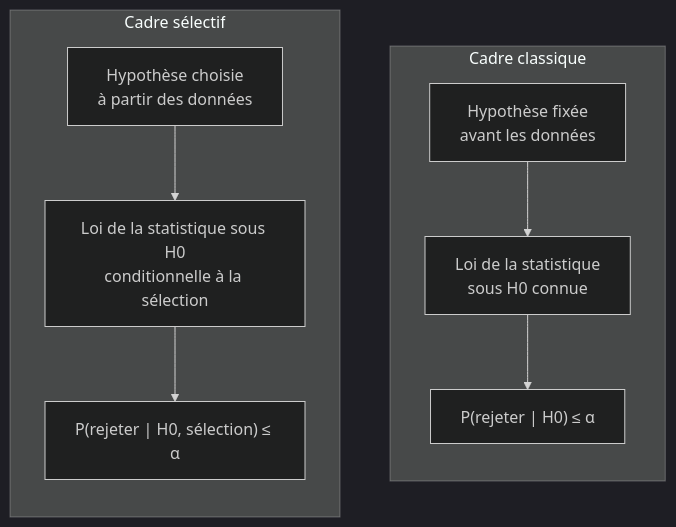
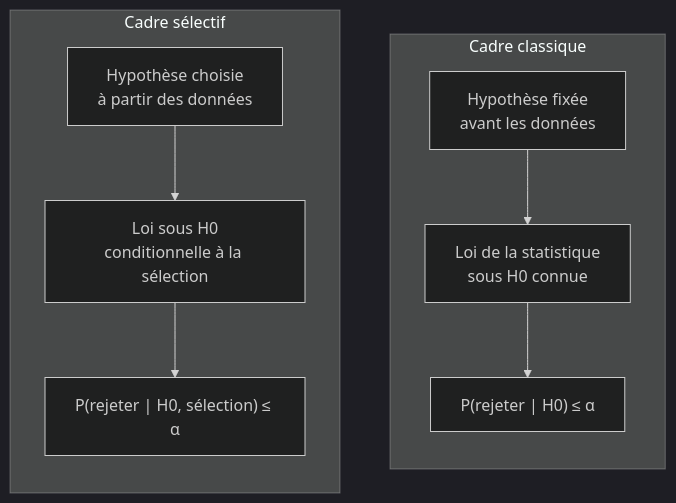
The sixth of 7 diagrams in Notes/Mini-cours/cours-erreur-type-1.md (aristidinahfaifa-afk/Projet_methodo), drawn with Mermaid (dark theme) before and after one commit. The commit also changed other lines of this file and 19 other files, not shown here.

````diff
--- a/Notes/Mini-cours/cours-erreur-type-1.md
+++ b/Notes/Mini-cours/cours-erreur-type-1.md
@@ -6079,11 +11668,11 @@
 ```mermaid
 flowchart TB
     subgraph CL["Cadre classique"]
         direction TB
         a1["Hypothèse fixée<br/>avant les données"] --> a2["Loi de la statistique<br/>sous H0 connue"] --> a3["P(rejeter | H0) ≤ α"]
     end
     subgraph SE["Cadre sélectif"]
         direction TB
-        b1["Hypothèse choisie<br/>à partir des données"] --> b2["Loi de la statistique sous H0<br/>conditionnelle à la sélection"] --> b3["P(rejeter | H0, sélection) ≤ α"]
+        b1["Hypothèse choisie<br/>à partir des données"] --> b2["Loi sous H0<br/>conditionnelle à la sélection"] --> b3["P(rejeter | H0, sélection) ≤ α"]
     end
 ```
````
